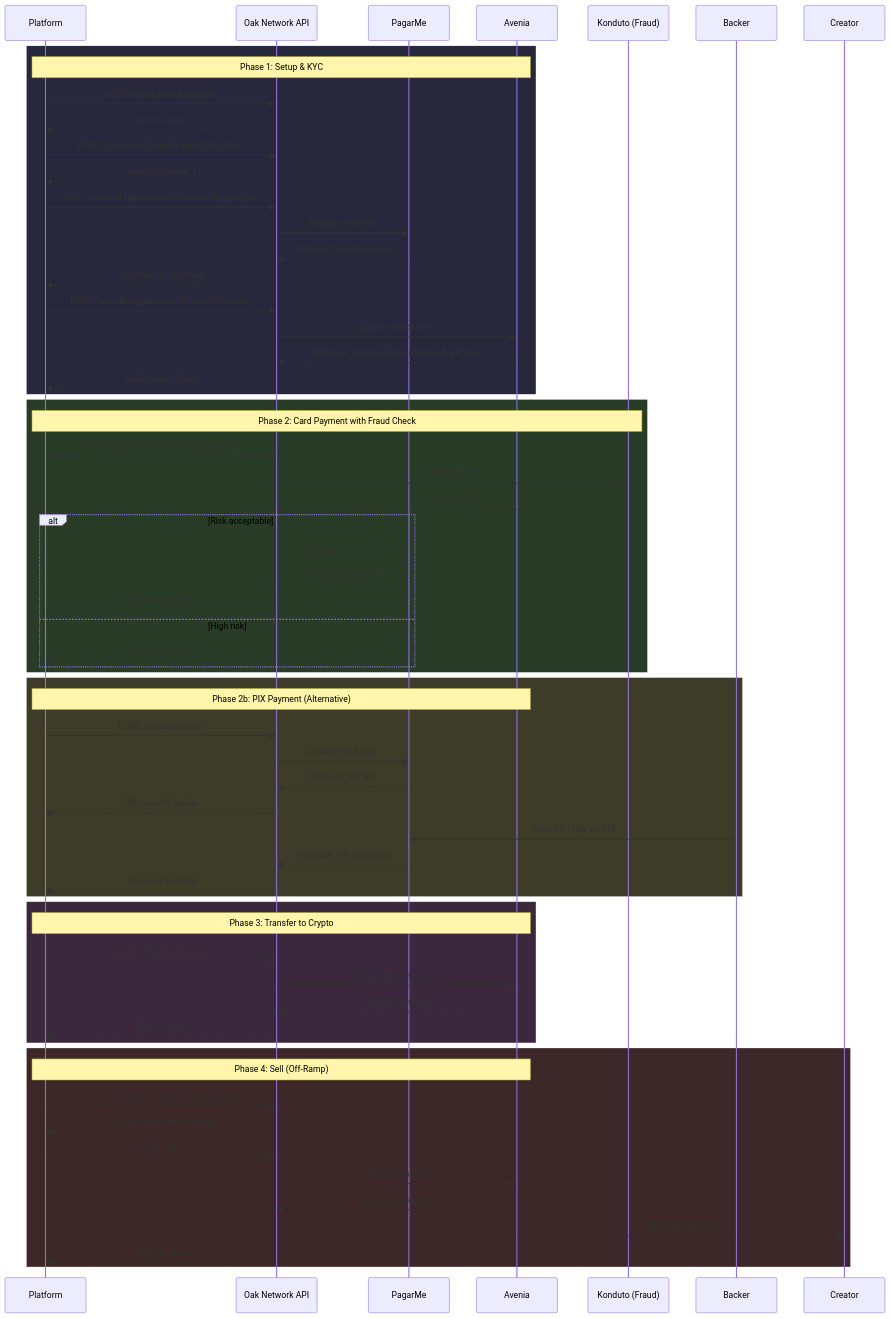
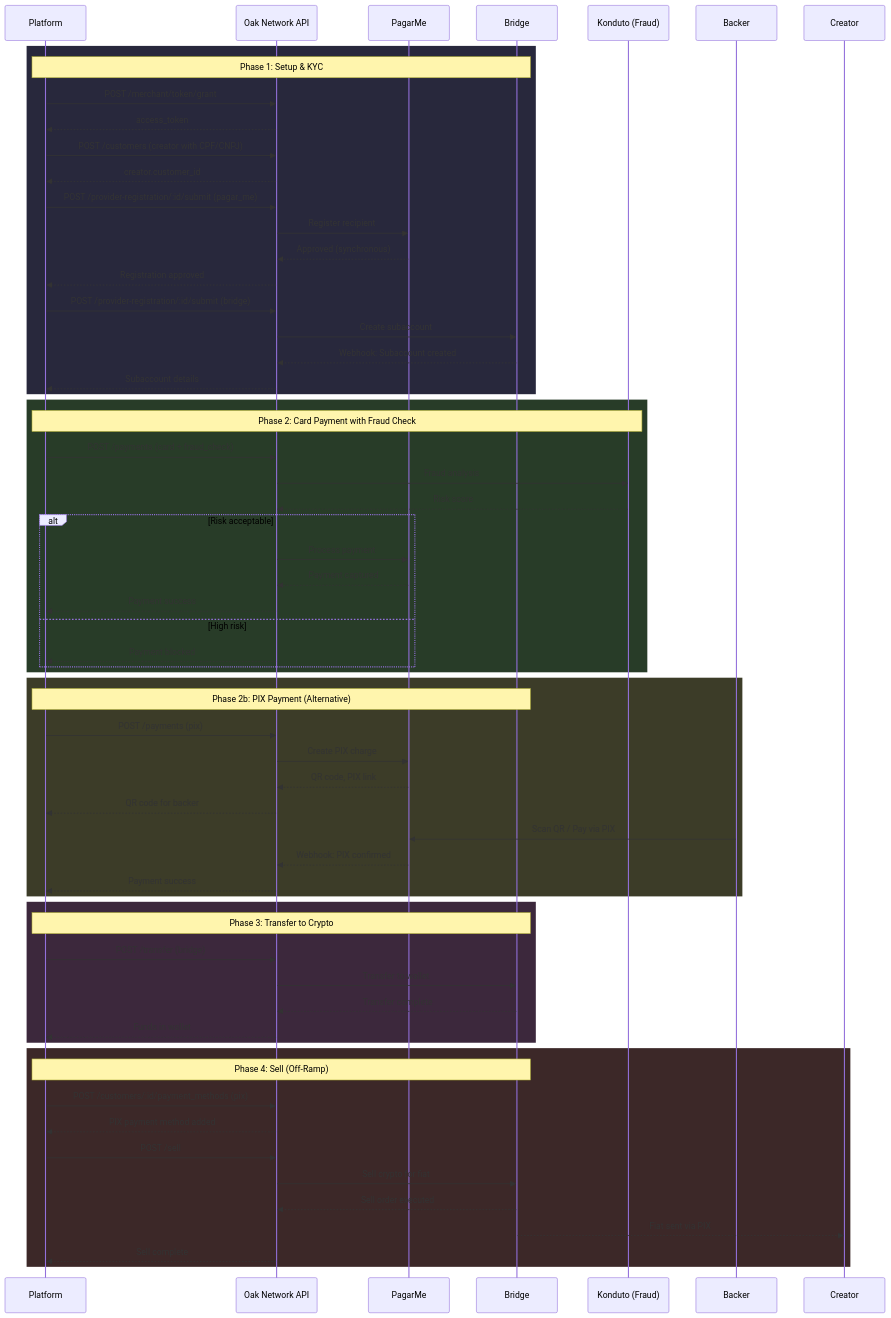
Before and after one commit to oak-network/docs: the fourth of 7 diagrams in docs/guides/payment-sdk-complete.md, drawn with Mermaid. The commit also changed other lines of this file and 6 other files, not shown here.

Commit message:
fix: remove avenia from sell service

````diff
--- a/docs/guides/payment-sdk-complete.md
+++ b/docs/guides/payment-sdk-complete.md
@@ -357,74 +357,74 @@
 ```mermaid
 sequenceDiagram
     participant Platform
     participant Oak as Oak Network API
     participant PagarMe
-    participant Avenia
+    participant Bridge
     participant Konduto as Konduto (Fraud)
     participant Backer
     participant Creator
     
     rect rgb(40, 40, 60)
-    Note over Platform,Avenia: Phase 1: Setup & KYC
+    Note over Platform,Bridge: Phase 1: Setup & KYC
     Platform->>Oak: POST /merchant/token/grant
     Oak-->>Platform: access_token
     
     Platform->>Oak: POST /customers (creator with CPF/CNPJ)
     Oak-->>Platform: creator.customer_id
     
     Platform->>Oak: POST /provider-registration/:id/submit (pagar_me)
     Oak->>PagarMe: Register recipient
     PagarMe-->>Oak: Approved (synchronous)
     Oak-->>Platform: Registration approved
     
-    Platform->>Oak: POST /provider-registration/:id/submit (avenia)
-    Oak->>Avenia: Create subaccount
-    Avenia-->>Oak: Webhook: Subaccount created with BR code
+    Platform->>Oak: POST /provider-registration/:id/submit (bridge)
+    Oak->>Bridge: Create subaccount
+    Bridge-->>Oak: Webhook: Subaccount created
     Oak-->>Platform: Subaccount details
     end
     
     rect rgb(40, 60, 40)
     Note over Platform,Konduto: Phase 2: Card Payment with Fraud Check
     Platform->>Oak: POST /payments (card + fraud_check)
     Oak->>Konduto: Fraud analysis
     Konduto-->>Oak: Risk score
     alt Risk acceptable
         Oak->>PagarMe: Process payment
         PagarMe-->>Oak: Payment captured
         Oak-->>Platform: Payment success
     else High risk
         Oak-->>Platform: Payment blocked
     end
     end
     
     rect rgb(60, 60, 40)
-    Note over Platform,Avenia: Phase 2b: PIX Payment (Alternative)
+    Note over Platform,Bridge: Phase 2b: PIX Payment (Alternative)
     Platform->>Oak: POST /payments (pix)
     Oak->>PagarMe: Create PIX charge
     PagarMe-->>Oak: QR code, PIX link
     Oak-->>Platform: QR code for backer
     Backer->>PagarMe: Scan QR / Pay via PIX
     PagarMe-->>Oak: Webhook: PIX confirmed
     Oak-->>Platform: Payment success
     end
     
     rect rgb(60, 40, 60)
-    Note over Platform,Avenia: Phase 3: Transfer to Crypto
-    Platform->>Oak: POST /transfer (avenia)
-    Oak->>Avenia: Transfer BRLA to wallet
-    Avenia-->>Oak: Transfer complete
-    Oak-->>Platform: BRLA in wallet
+    Note over Platform,Bridge: Phase 3: Transfer to Crypto
+    Platform->>Oak: POST /transfer (bridge)
+    Oak->>Bridge: Transfer to wallet
+    Bridge-->>Oak: Transfer complete
+    Oak-->>Platform: Funds in wallet
     end
     
     rect rgb(60, 40, 40)
-    Note over Platform,Avenia: Phase 4: Sell (Off-Ramp)
+    Note over Platform,Bridge: Phase 4: Sell (Off-Ramp)
     Platform->>Oak: POST /customers/:id/payment_methods (pix)
     Oak-->>Platform: PIX payment method added
     
     Platform->>Oak: POST /sell
-    Oak->>Avenia: Sell BRLA for BRL
-    Avenia-->>Oak: Sell order executed
-    Avenia-->>Creator: BRL sent via PIX
+    Oak->>Bridge: Sell crypto for fiat
+    Bridge-->>Oak: Sell order executed
+    Bridge-->>Creator: Fiat sent via PIX
     Oak-->>Platform: Sell complete
     end
 ```
````
